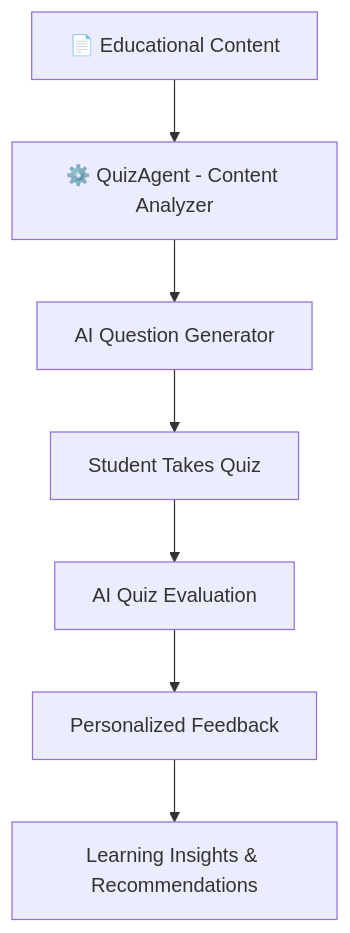
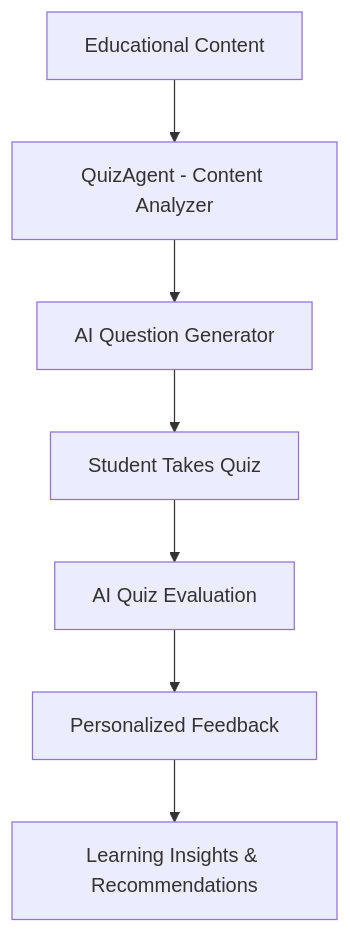
Before and after one commit to RimeAabil/Quiz-Agent: the diagram in README.md, drawn with Mermaid. The commit also changed other lines of this file, not shown here.

````diff
--- a/README.md
+++ b/README.md
@@ -50,9 +50,9 @@
 ```mermaid
 flowchart TD
-    A[📄 Educational Content] --> B[⚙️ QuizAgent - Content Analyzer]
+    A[Educational Content] --> B[QuizAgent - Content Analyzer]
     B --> C[AI Question Generator]
     C --> D[ Student Takes Quiz]
     D --> E[AI Quiz Evaluation]
     E --> F[Personalized Feedback]
     F --> G[Learning Insights & Recommendations]
 ```
````
